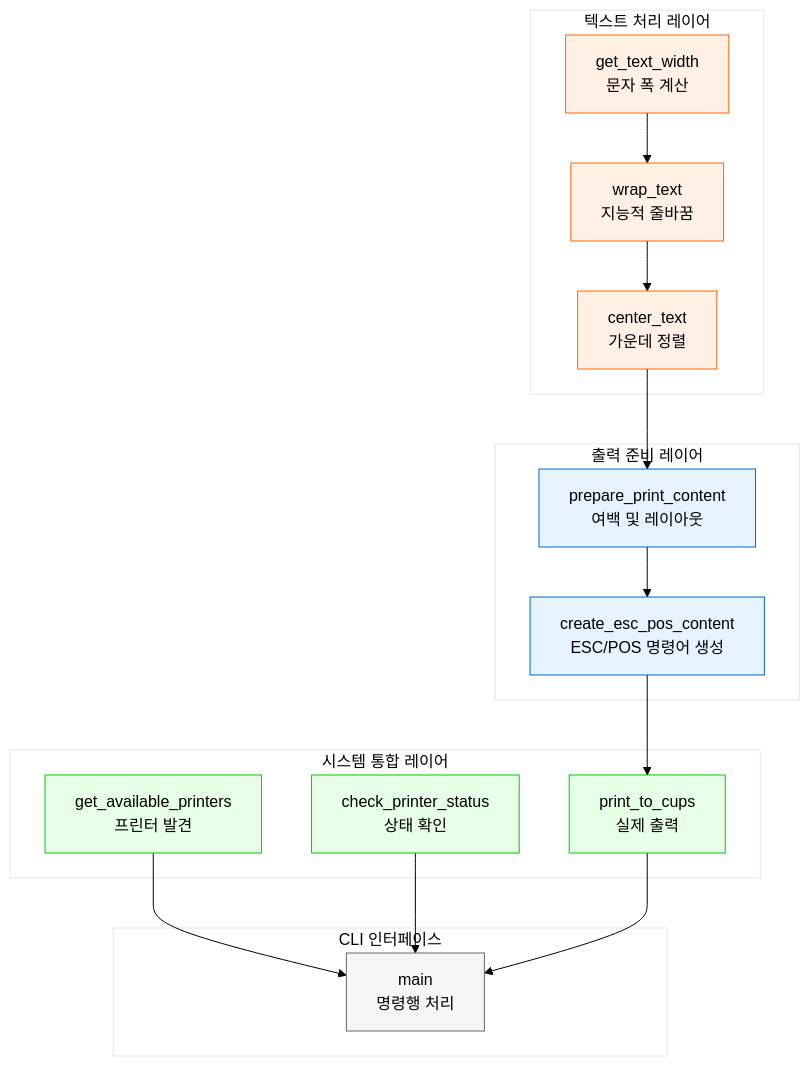
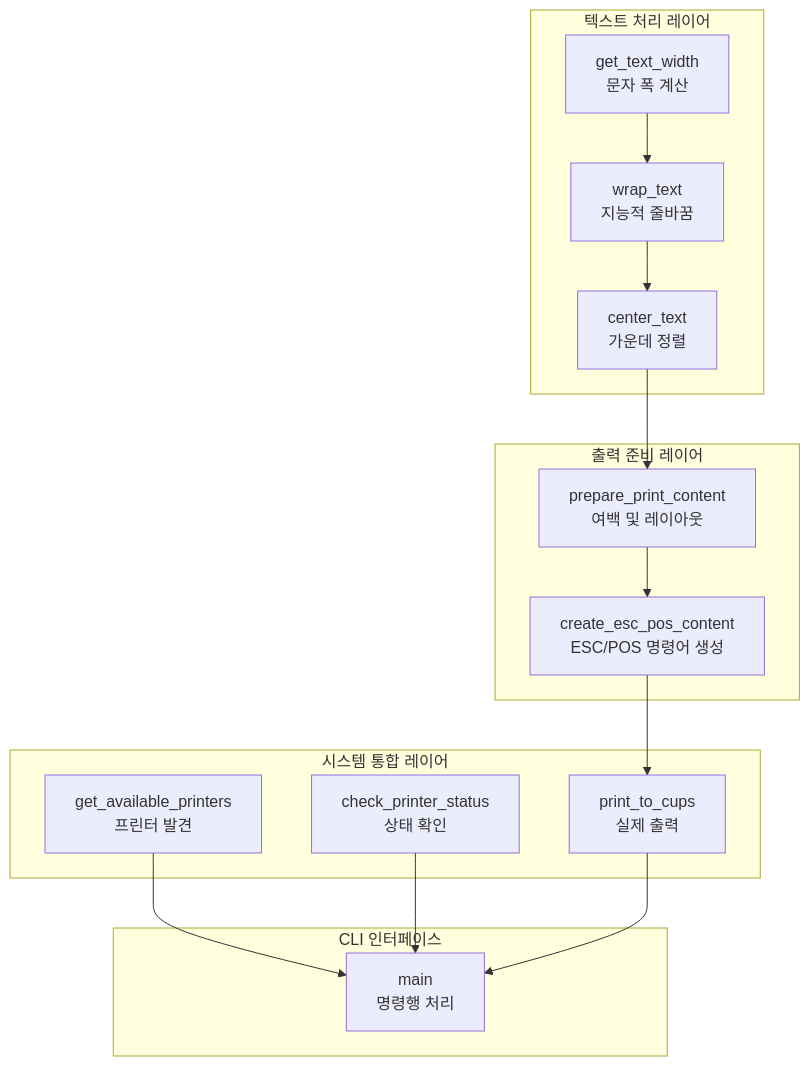
One commit to nicewook/receipt-printer changed the first of 5 diagrams in docs/core-printer-utils-analysis.md. Above: the diagram before and after it, drawn with Mermaid. The commit also changed other lines of this file and 5 other files, not shown here.

First line of the commit message:
Fix documentation portal Mermaid rendering and clean up markdown files

````diff
--- a/docs/core-printer-utils-analysis.md
+++ b/docs/core-printer-utils-analysis.md
@@ -11,51 +11,33 @@
 ```mermaid
-%%{init: {
-  'theme': 'base',
-  'themeVariables': {
-    'primaryColor': '#ffffff',
-    'primaryTextColor': '#000000',
-    'primaryBorderColor': '#000000',
-    'lineColor': '#000000'
-  }
-}}%%
 graph TB
     subgraph "텍스트 처리 레이어"
         GET_WIDTH[get_text_width<br/>문자 폭 계산]
         WRAP[wrap_text<br/>지능적 줄바꿈]
         CENTER[center_text<br/>가운데 정렬]
     end
     
     subgraph "출력 준비 레이어"
         PREPARE[prepare_print_content<br/>여백 및 레이아웃]
         CREATE_ESC[create_esc_pos_content<br/>ESC/POS 명령어 생성]
     end
     
     subgraph "시스템 통합 레이어"
         GET_PRINTERS[get_available_printers<br/>프린터 발견]
         CHECK_STATUS[check_printer_status<br/>상태 확인]
         PRINT_CUPS[print_to_cups<br/>실제 출력]
     end
     
     subgraph "CLI 인터페이스"
         MAIN[main<br/>명령행 처리]
     end
     
     GET_WIDTH --> WRAP
     WRAP --> CENTER
     CENTER --> PREPARE
     PREPARE --> CREATE_ESC
     CREATE_ESC --> PRINT_CUPS
     GET_PRINTERS --> MAIN
     CHECK_STATUS --> MAIN
     PRINT_CUPS --> MAIN
     
-    style GET_WIDTH fill:#fff0e6,stroke:#ff6600,color:#000000
-    style WRAP fill:#fff0e6,stroke:#ff6600,color:#000000
-    style CENTER fill:#fff0e6,stroke:#ff6600,color:#000000
-    style PREPARE fill:#e6f3ff,stroke:#0066cc,color:#000000
-    style CREATE_ESC fill:#e6f3ff,stroke:#0066cc,color:#000000
-    style GET_PRINTERS fill:#e6ffe6,stroke:#00cc00,color:#000000
-    style CHECK_STATUS fill:#e6ffe6,stroke:#00cc00,color:#000000
-    style PRINT_CUPS fill:#e6ffe6,stroke:#00cc00,color:#000000
-    style MAIN fill:#f5f5f5,stroke:#666666,color:#000000
 ```
````
